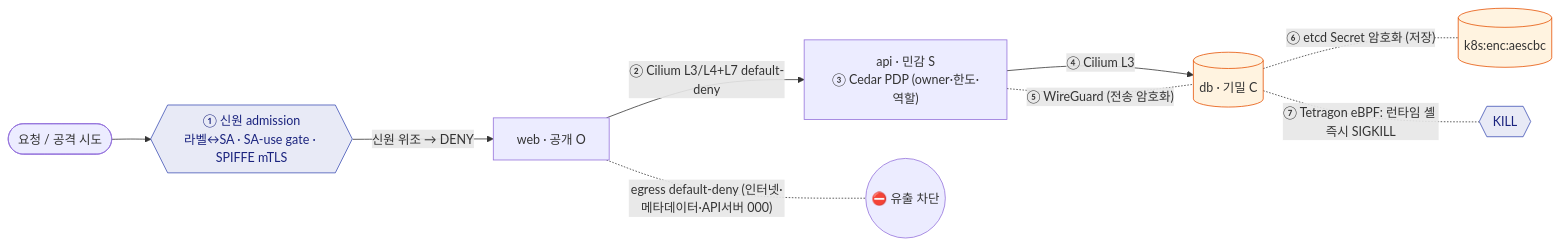
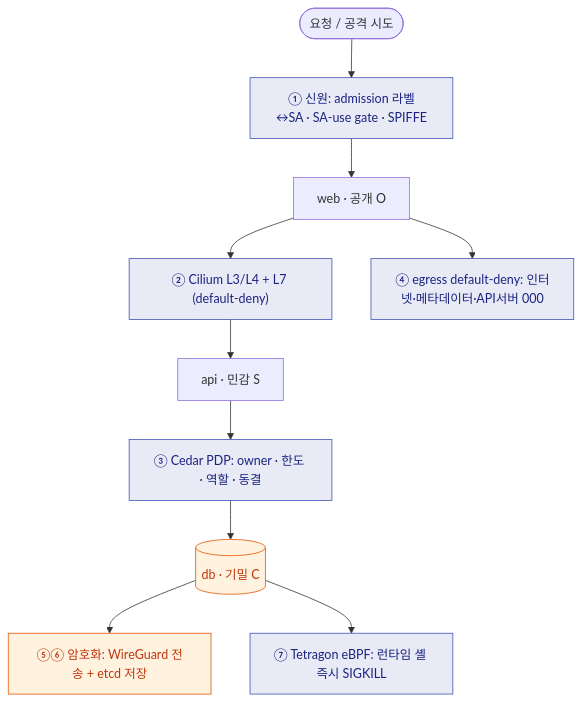
The diagram in index.md (dsaedsae/cloudsec-policy-stack), drawn with Mermaid before and after one commit. The commit also changed other lines of this file and 1 other file, not shown here.

Commit message:
docs(site): landing leads with significance (Mermaid + contribution + 61% headline)
- index.md: robust Mermaid architecture diagram (simplified to valid syntax), the
  verifiability-criterion reframe, the 61% coverage headline, and the 21/21 framing.
- mkdocs.yml: enable Mermaid (superfences custom fence), emoji/md_in_html for grid
  cards, and the evaluation page in the nav.

Local preview: mkdocs serve -> http://localhost:8000.

````diff
--- a/index.md
+++ b/index.md
@@ -44,16 +44,17 @@
 ```mermaid
-flowchart LR
-    R(["요청 / 공격 시도"]) --> ADM{{"① 신원 admission<br/>라벨↔SA · SA-use gate · SPIFFE mTLS"}}
-    ADM -->|"신원 위조 → DENY"| WEB["web · 공개 O"]
-    WEB -->|"② Cilium L3/L4+L7 default-deny"| API["api · 민감 S<br/>③ Cedar PDP (owner·한도·역할)"]
-    API -->|"④ Cilium L3"| DB[("db · 기밀 C")]
-    API -. "⑤ WireGuard (전송 암호화)" .- DB
-    DB -. "⑥ etcd Secret 암호화 (저장)" .- ENC[("k8s:enc:aescbc")]
-    DB -. "⑦ Tetragon eBPF: 런타임 셸 즉시 SIGKILL" .- RT{{"KILL"}}
-    WEB -. "egress default-deny (인터넷·메타데이터·API서버 000)" .- X(("⛔ 유출 차단"))
+flowchart TB
+    R(["요청 / 공격 시도"]) --> ADM
+    ADM["① 신원: admission 라벨↔SA · SA-use gate · SPIFFE"] --> WEB
+    WEB["web · 공개 O"] --> L7["② Cilium L3/L4 + L7 (default-deny)"]
+    L7 --> API["api · 민감 S"]
+    API --> CEDAR["③ Cedar PDP: owner · 한도 · 역할 · 동결"]
+    CEDAR --> DB[("db · 기밀 C")]
+    DB --> ENC["⑤⑥ 암호화: WireGuard 전송 + etcd 저장"]
+    DB --> RT["⑦ Tetragon eBPF: 런타임 셸 즉시 SIGKILL"]
+    WEB --> EG["④ egress default-deny: 인터넷·메타데이터·API서버 000"]
 
     classDef ctrl fill:#e8eaf6,stroke:#3f51b5,color:#1a237e;
-    classDef data fill:#fff3e0,stroke:#e65100;
-    class ADM,RT ctrl;
+    classDef data fill:#fff3e0,stroke:#e65100,color:#bf360c;
+    class ADM,L7,CEDAR,RT,EG ctrl;
     class DB,ENC data;
 ```
````
